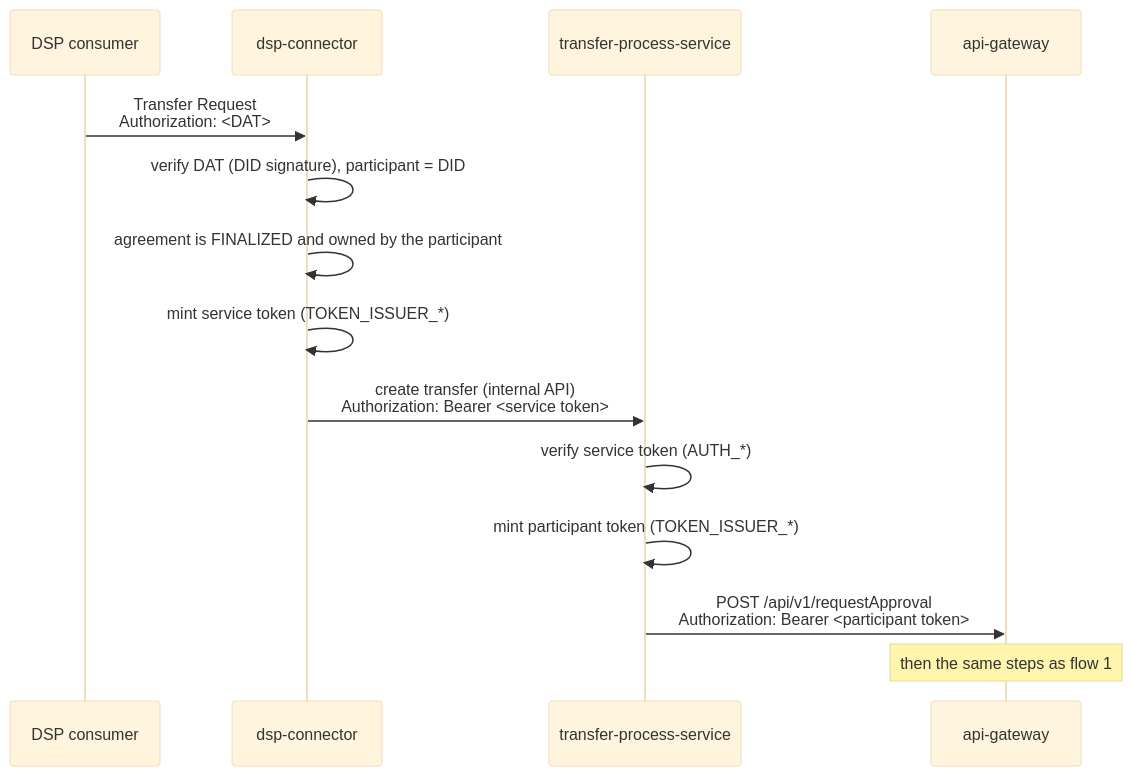
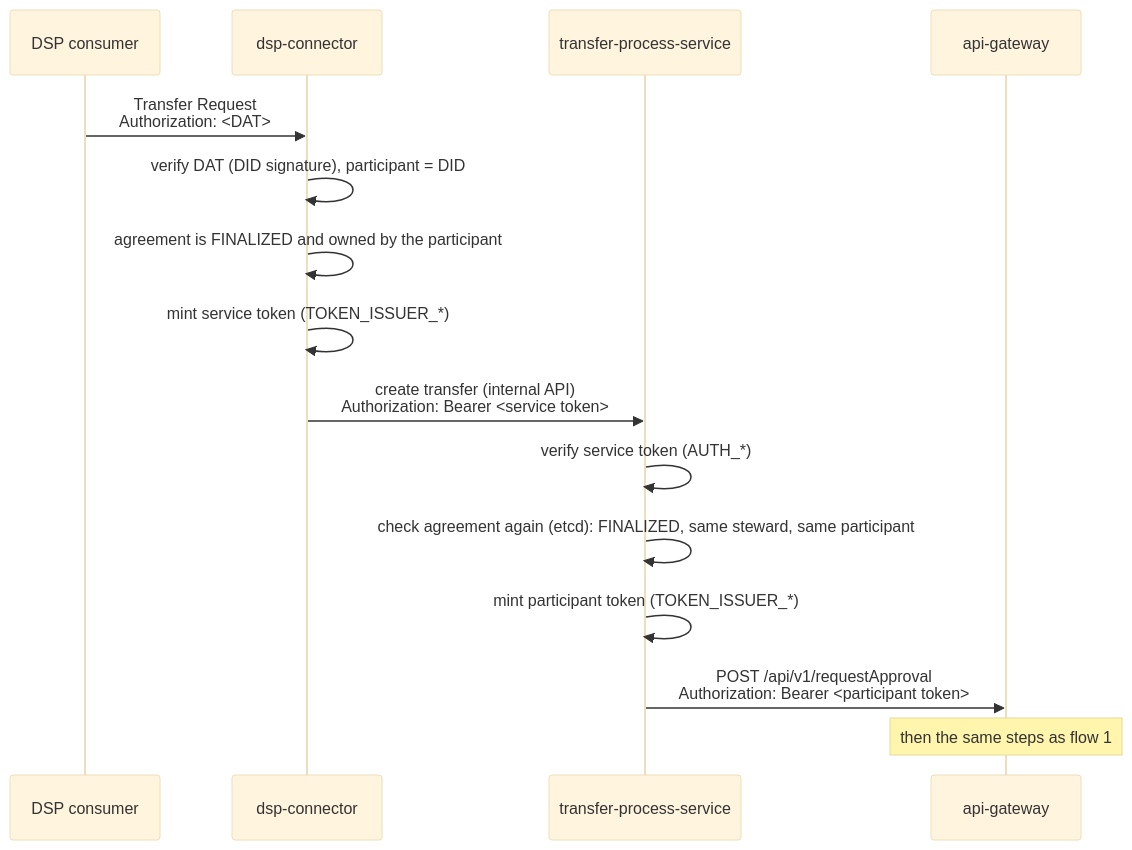
One commit to DYNAMOS-UVA/DYNAMOS changed the second of 2 diagrams in docs/development_guide/Auth/Flows.md. Above: the diagram before and after it, drawn with Mermaid (base theme). The commit also changed 16 other files, not shown here.

````diff
--- a/docs/development_guide/Auth/Flows.md
+++ b/docs/development_guide/Auth/Flows.md
@@ -47,16 +47,17 @@
 ```mermaid
 sequenceDiagram
     participant C as DSP consumer
     participant D as dsp-connector
     participant T as transfer-process-service
     participant G as api-gateway
     C->>D: Transfer Request<br/>Authorization: <DAT>
     D->>D: verify DAT (DID signature), participant = DID
     D->>D: agreement is FINALIZED and owned by the participant
     D->>D: mint service token (TOKEN_ISSUER_*)
     D->>T: create transfer (internal API)<br/>Authorization: Bearer <service token>
     T->>T: verify service token (AUTH_*)
+    T->>T: check agreement again (etcd): FINALIZED, same steward, same participant
     T->>T: mint participant token (TOKEN_ISSUER_*)
     T->>G: POST /api/v1/requestApproval<br/>Authorization: Bearer <participant token>
     Note over G: then the same steps as flow 1
 ```
````
